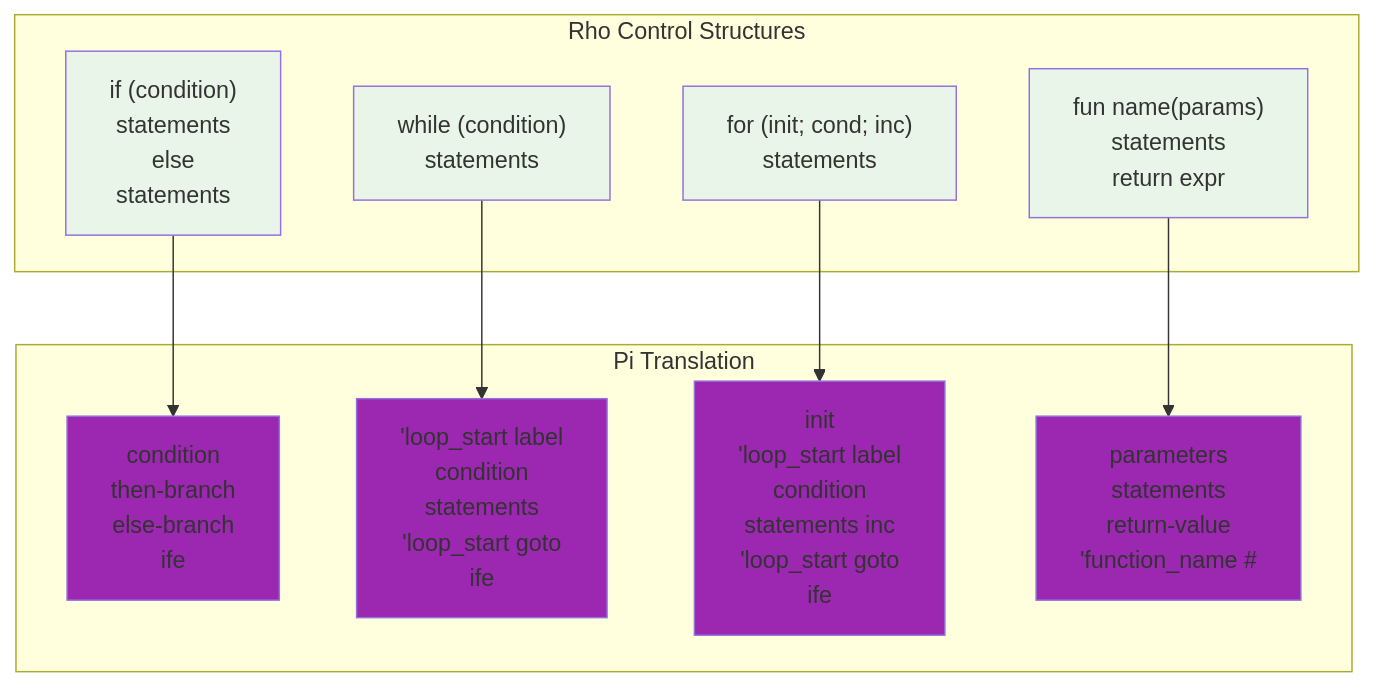
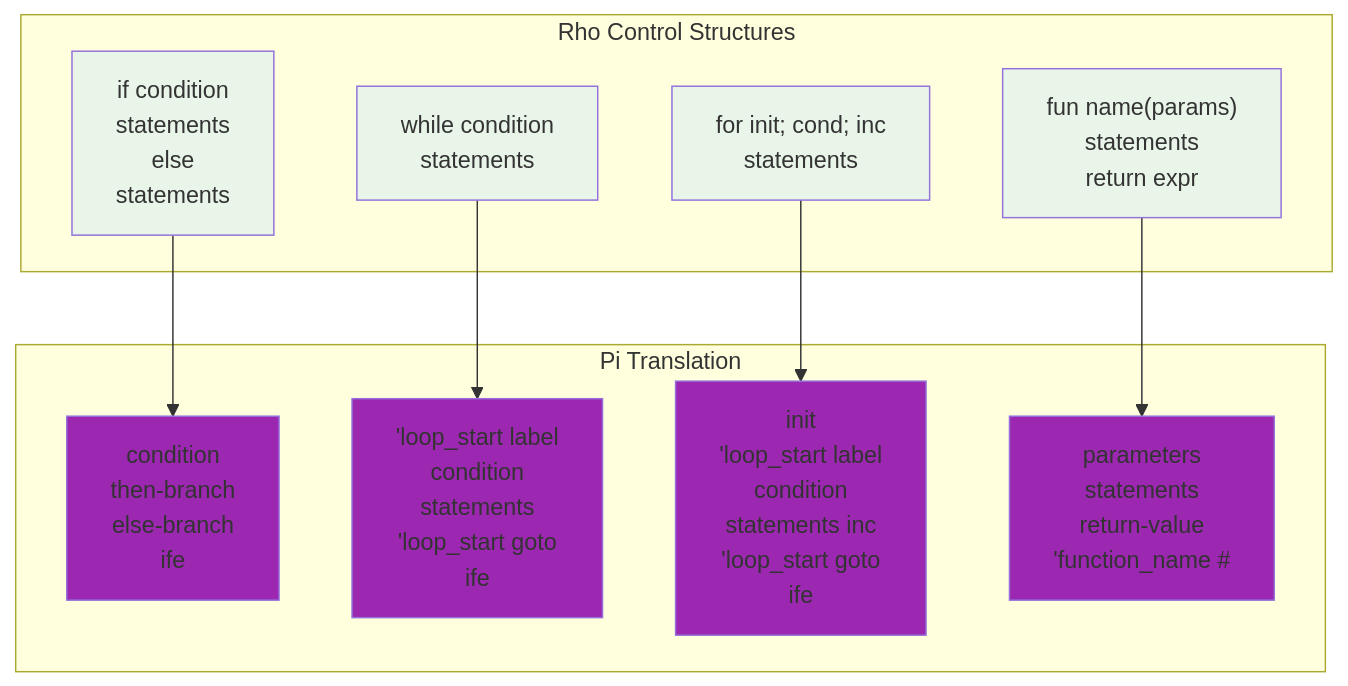
Before and after one commit to cschladetsch/CppKAI: the fourth of 10 diagrams in resources/diagrams/rho-language-architecture.md, drawn with Mermaid.

Commit message:
Correct Rho syntax to remove parentheses and use proper Rho grammar
Fixed control flow structures to use accurate Rho syntax:
- if condition (not if (condition))
- while condition (not while (condition))
- for init; cond; inc (not for (init; cond; inc))
- Maintained fun name(params) for function definitions

Rho uses cleaner syntax without unnecessary parentheses around conditions.

````diff
--- a/resources/diagrams/rho-language-architecture.md
+++ b/resources/diagrams/rho-language-architecture.md
@@ -160,30 +160,30 @@
 ```mermaid
 graph TB
     subgraph "Rho Control Structures"
-        IF_RHO["if (condition)<br/>  statements<br/>else<br/>  statements"]
-        WHILE_RHO["while (condition)<br/>  statements"]
-        FOR_RHO["for (init; cond; inc)<br/>  statements"]
+        IF_RHO["if condition<br/>  statements<br/>else<br/>  statements"]
+        WHILE_RHO["while condition<br/>  statements"]
+        FOR_RHO["for init; cond; inc<br/>  statements"]
         FUNC_RHO["fun name(params)<br/>  statements<br/>  return expr"]
     end
     
     subgraph "Pi Translation"
         IF_PI["condition<br/>then-branch<br/>else-branch<br/>ife"]
         WHILE_PI["'loop_start label<br/>condition<br/>statements<br/>'loop_start goto<br/>ife"]
         FOR_PI["init<br/>'loop_start label<br/>condition<br/>statements inc<br/>'loop_start goto<br/>ife"]
         FUNC_PI["parameters<br/>statements<br/>return-value<br/>'function_name #"]
     end
     
     IF_RHO --> IF_PI
     WHILE_RHO --> WHILE_PI
     FOR_RHO --> FOR_PI
     FUNC_RHO --> FUNC_PI
     
     style IF_RHO fill:#e8f5e8
     style WHILE_RHO fill:#e8f5e8
     style FOR_RHO fill:#e8f5e8
     style FUNC_RHO fill:#e8f5e8
     style IF_PI fill:#9c27b0
     style WHILE_PI fill:#9c27b0
     style FOR_PI fill:#9c27b0
     style FUNC_PI fill:#9c27b0
 ```
````
